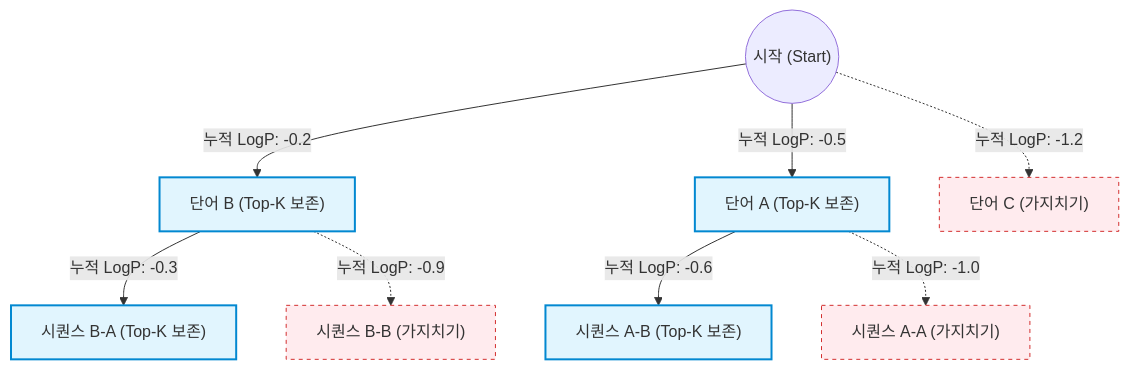
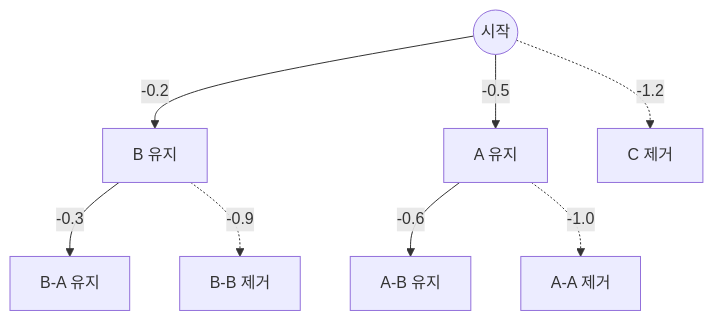
The diagram in content/01_IT Tech/빔 탐색.md (supremethumb/supremethumb.github.io), drawn with Mermaid before and after one commit. The commit also changed other lines of this file and 1087 other files, not shown here.

````diff
--- a/content/01_IT Tech/빔 탐색.md
+++ b/content/01_IT Tech/빔 탐색.md
@@ -23,21 +34,10 @@
 ```mermaid
 flowchart TD
-    START(("시작 (Start)")) 
-    
-    START -->|누적 LogP: -0.2| W2["단어 B (Top-K 보존)"]
-    START -->|누적 LogP: -0.5| W1["단어 A (Top-K 보존)"]
-    START -.->|누적 LogP: -1.2| W3["단어 C (가지치기)"]
-
-    W2 -->|누적 LogP: -0.3| W2_1["시퀀스 B-A (Top-K 보존)"]
-    W2 -.->|누적 LogP: -0.9| W2_2["시퀀스 B-B (가지치기)"]
-
-    W1 -->|누적 LogP: -0.6| W1_2["시퀀스 A-B (Top-K 보존)"]
-    W1 -.->|누적 LogP: -1.0| W1_1["시퀀스 A-A (가지치기)"]
-
-    classDef keep fill:#e1f5fe,stroke:#0288d1,stroke-width:2px;
-    classDef drop fill:#ffebee,stroke:#d32f2f,stroke-width:1px,stroke-dasharray: 4 4;
-
-    class W1,W2,W1_2,W2_1 keep;
-    class W3,W1_1,W2_2 drop;
-
+    S(("시작")) -- "-0.2" --> B["B 유지"]
+    S -- "-0.5" --> A["A 유지"]
+    S -. "-1.2" .-> C["C 제거"]
+    B -- "-0.3" --> BA["B-A 유지"]
+    B -. "-0.9" .-> BB["B-B 제거"]
+    A -- "-0.6" --> AB["A-B 유지"]
+    A -. "-1.0" .-> AA["A-A 제거"]
 ```
````
